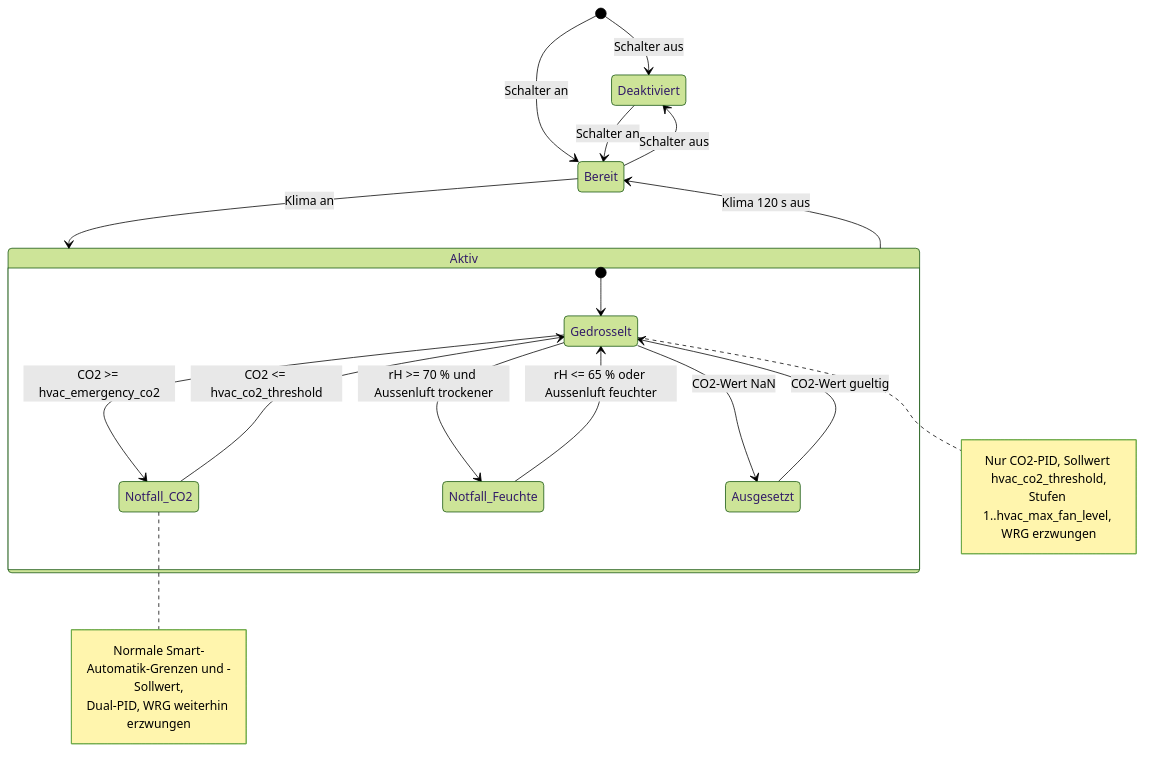
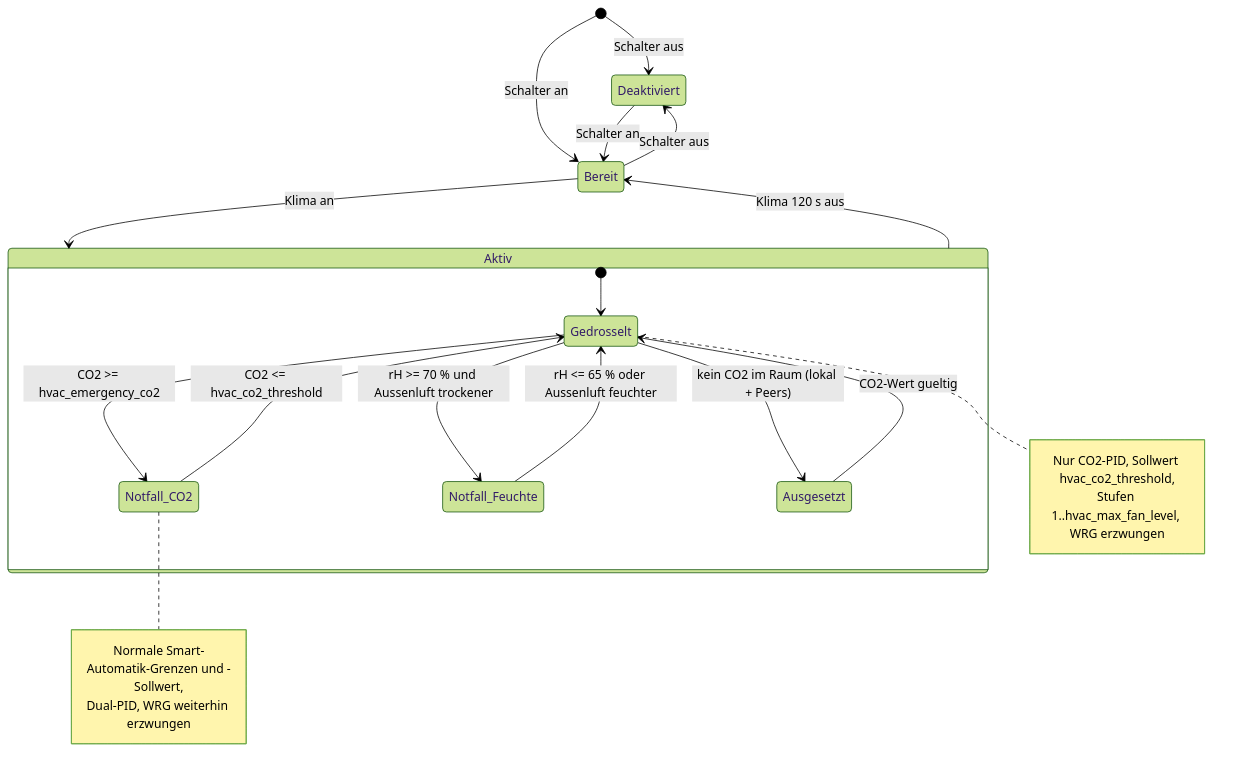
The diagram in documentation/de/de_smart-climate-control.md (thomasengeroff-dotcom/ESPHome-Wohnraumlueftung), drawn with Mermaid (forest theme) before and after one commit. The commit also changed other lines of this file and 19 other files, not shown here.

````diff
--- a/documentation/de/de_smart-climate-control.md
+++ b/documentation/de/de_smart-climate-control.md
@@ -133,30 +135,30 @@
 ```mermaid
 stateDiagram-v2
     [*] --> Deaktiviert : Schalter aus
     [*] --> Bereit : Schalter an
 
     Deaktiviert --> Bereit : Schalter an
     Bereit --> Deaktiviert : Schalter aus
 
     Bereit --> Aktiv : Klima an
     Aktiv --> Bereit : Klima 120 s aus
 
     state Aktiv {
         [*] --> Gedrosselt
         Gedrosselt --> Notfall_CO2 : CO2 >= hvac_emergency_co2
         Notfall_CO2 --> Gedrosselt : CO2 <= hvac_co2_threshold
         Gedrosselt --> Notfall_Feuchte : rH >= 70 % und Aussenluft trockener
         Notfall_Feuchte --> Gedrosselt : rH <= 65 % oder Aussenluft feuchter
-        Gedrosselt --> Ausgesetzt : CO2-Wert NaN
+        Gedrosselt --> Ausgesetzt : kein CO2 im Raum (lokal + Peers)
         Ausgesetzt --> Gedrosselt : CO2-Wert gueltig
     }
 
     note right of Gedrosselt
         Nur CO2-PID, Sollwert hvac_co2_threshold,
         Stufen 1..hvac_max_fan_level, WRG erzwungen
     end note
     note right of Notfall_CO2
         Normale Smart-Automatik-Grenzen und -Sollwert,
         Dual-PID, WRG weiterhin erzwungen
     end note
 ```
````
